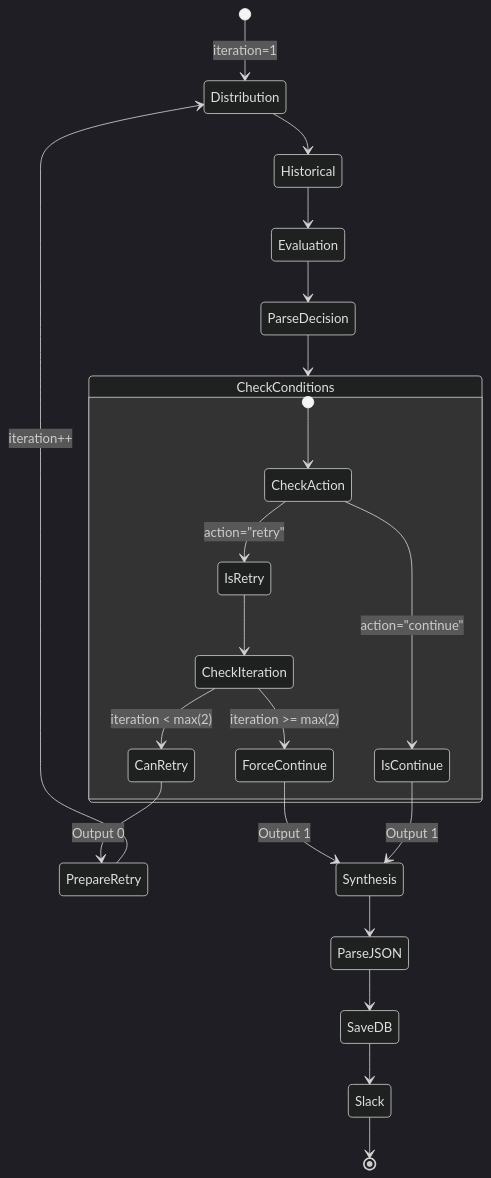
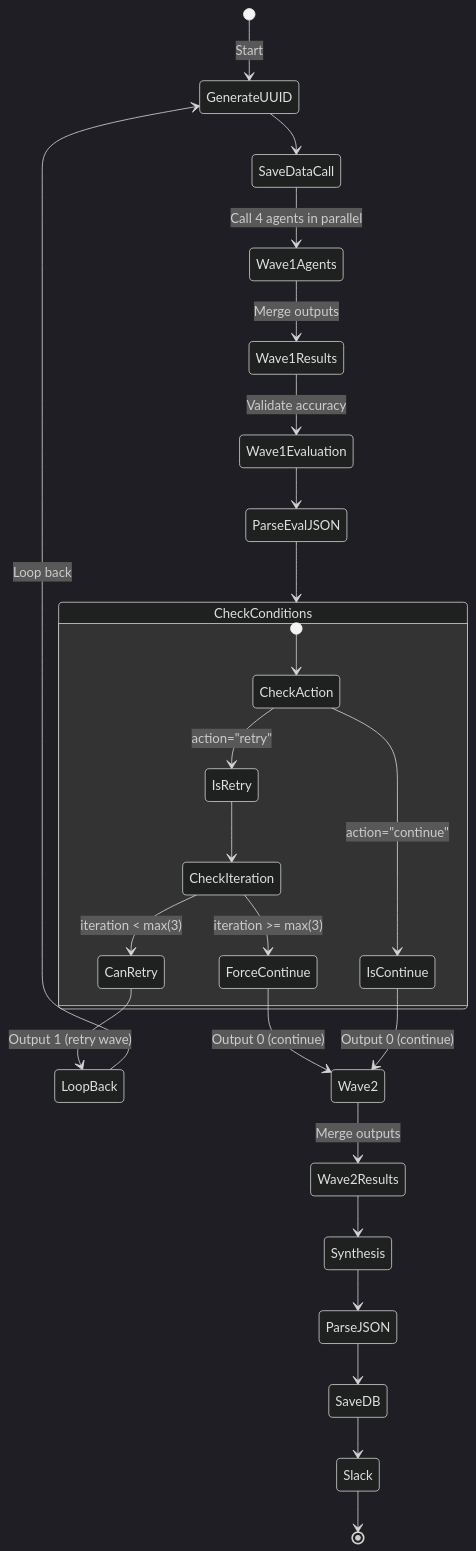
Before and after one commit to damianstetsonair/sales-n8n-ia: the fourth of 17 diagrams in WORKFLOW-DIAGRAM.md, drawn with Mermaid (dark theme). The commit also changed other lines of this file and 8 other files, not shown here.

Commit message:
update flows based in parallel workflow

````diff
--- a/WORKFLOW-DIAGRAM.md
+++ b/WORKFLOW-DIAGRAM.md
@@ -299,29 +290,33 @@
 ```mermaid
 stateDiagram-v2
-    [*] --> Distribution: iteration=1
-    Distribution --> Historical
-    Historical --> Evaluation
-    Evaluation --> ParseDecision
+    [*] --> GenerateUUID: Start
+    GenerateUUID --> SaveDataCall
+    SaveDataCall --> Wave1Agents: Call 4 agents in parallel
+    Wave1Agents --> Wave1Results: Merge outputs
+    Wave1Results --> Wave1Evaluation: Validate accuracy
+    Wave1Evaluation --> ParseEvalJSON
 
-    ParseDecision --> CheckConditions
+    ParseEvalJSON --> CheckConditions
 
     state CheckConditions {
         [*] --> CheckAction
         CheckAction --> IsRetry: action="retry"
         CheckAction --> IsContinue: action="continue"
         IsRetry --> CheckIteration
-        CheckIteration --> CanRetry: iteration < max(2)
-        CheckIteration --> ForceContinue: iteration >= max(2)
+        CheckIteration --> CanRetry: iteration < max(3)
+        CheckIteration --> ForceContinue: iteration >= max(3)
     }
 
-    CanRetry --> PrepareRetry: Output 0
-    ForceContinue --> Synthesis: Output 1
-    IsContinue --> Synthesis: Output 1
+    CanRetry --> LoopBack: Output 1 (retry wave)
+    ForceContinue --> Wave2: Output 0 (continue)
+    IsContinue --> Wave2: Output 0 (continue)
 
-    PrepareRetry --> Distribution: iteration++
+    LoopBack --> GenerateUUID: Loop back
 
+    Wave2 --> Wave2Results: Merge outputs
+    Wave2Results --> Synthesis
     Synthesis --> ParseJSON
     ParseJSON --> SaveDB
     SaveDB --> Slack
     Slack --> [*]
 ```
````
